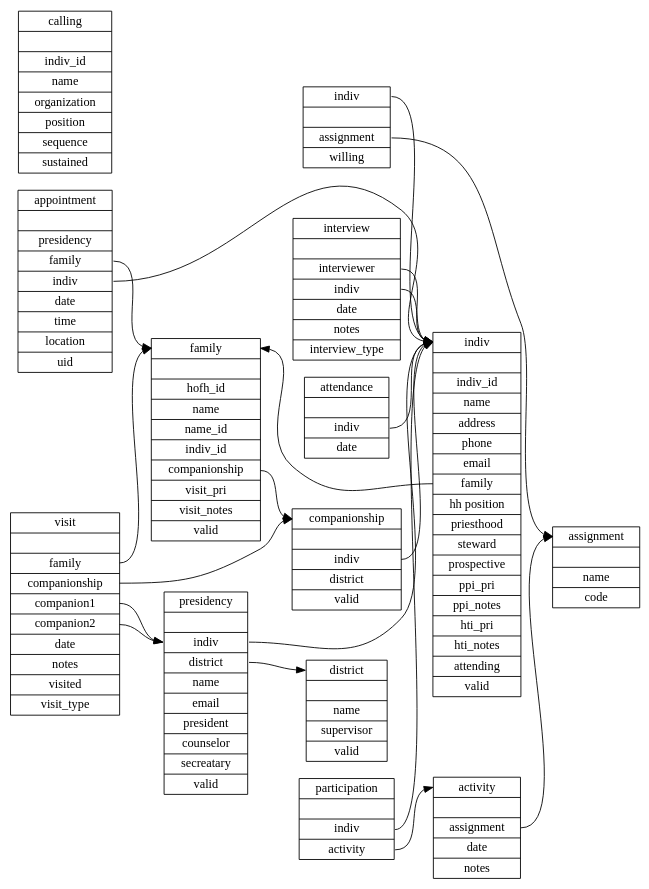
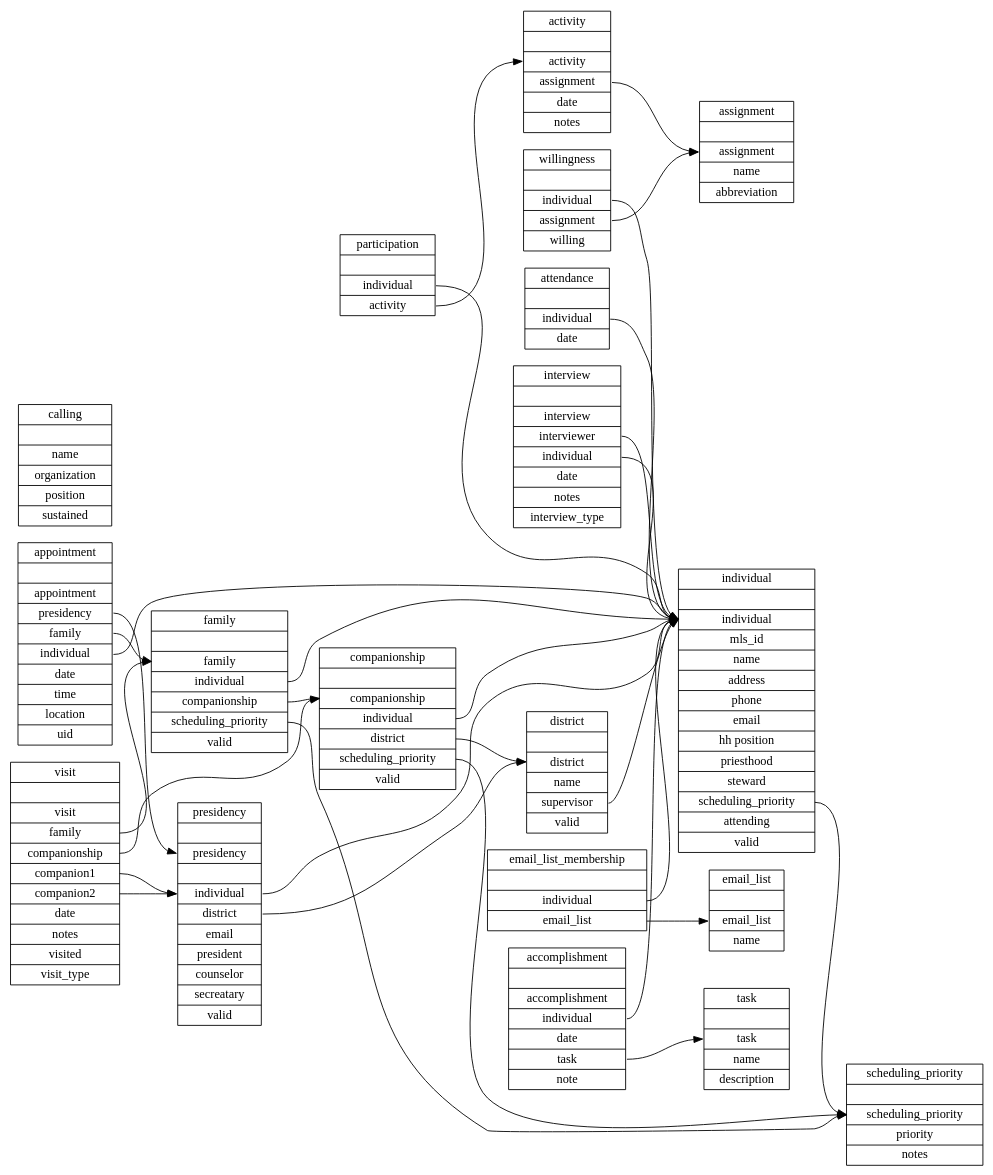
One commit to apippin/tc changed the diagram in sql/schema.dot. Above: the diagram before and after it, drawn with Graphviz. The commit also changed 4 other files, not shown here.

Commit message:
removed name field from tc_presidency, updated tc.jpg

```diff
--- a/sql/schema.dot
+++ b/sql/schema.dot
@@ -1,90 +1,125 @@
 digraph schema {
   graph [
     rankdir = "LR"
   ];
-  family   [
-    label = "<f> family||<i> hofh_id|<n> name|<ni> name_id|<i> indiv_id|<c> companionship|<vp> visit_pri|<vn> visit_notes|<v> valid"
+  activity   [
+    label = "activity||<a> activity|<s> assignment|<t> date|<n> notes"
     shape = "record"
   ];
-  indiv   [
-    label = "<i> indiv||<id> indiv_id|<n> name|<a> address|<p> phone|<em> email|<f> family|<hh> hh position|<po> priesthood|<st> steward|<pr> prospective|<pp> ppi_pri|<t> ppi_notes|<hp> hti_pri|<hn> hti_notes|<a> attending|<v> valid"
+  appointment   [
+    label = "appointment||<a> appointment|<p> presidency|<f> family|<i> individual |<d> date|<t> time|<l> location|<u> uid"
+    shape = "record"
+  ];
+  assignment    [
+    label = "assignment||<a> assignment|<n> name|<ab> abbreviation"
+    shape = "record"
+  ];
+  attendance   [
+    label = "attendance||<i> individual|<d> date"
+    shape = "record"
+  ];
+  calling       [
+    label = "calling||<n> name|<o> organization|<p> position|<s> sustained"
     shape = "record"
   ];
   companionship   [
-    label = "<c> companionship||<i> indiv|<d> district|<v> valid"
+    label = "companionship||<c> companionship|<i> individual|<d> district|<sp> scheduling_priority|<v> valid"
+    shape = "record"
+  ];
+  district      [
+    label = "district||<d> district|<n> name|<s> supervisor|<v> valid"
+    shape = "record"
+  ];
+  individual   [
+    label = "individual||<i> individual|<id> mls_id|<n> name|<a> address|<p> phone|<em> email|<hh> hh position|<pr> priesthood|<st> steward|<sp> scheduling_priority|<a> attending|<v> valid"
+    shape = "record"
+  ];
+  family   [
+    label = "family||<f> family|<i> individual|<c> companionship|<sp> scheduling_priority|<v> valid"
+    shape = "record"
+  ];
+  participation   [
+    label = "participation||<i> individual|<a> activity"
+    shape = "record"
+  ];
+  interview   [
+    label = "interview||<in> interview|<i> interviewer|<il> individual|<t> date|<n> notes|<it> interview_type"
+    shape = "record"
+  ];
+  presidency    [
+    label = "presidency||<p> presidency||<i> individual|<d> district|<em> email|<pr> president|<cn> counselor|<sec> secreatary|<v> valid"
     shape = "record"
   ];
   visit   [
-    label = "<v> visit||<f> family|<c> companionship|<c1> companion1|<c2> companion2|<t> date|<n> notes|<v> visited|<vt> visit_type"
-    shape = "record"
-  ];
-  interview   [
-    label = "<in> interview||<i> interviewer|<il> indiv|<t> date|<n> notes|<it> interview_type"
-    shape = "record"
-  ];
-  activity   [
-    label = "<a> activity||<s> assignment|<t> date|<n> notes"
-    shape = "record"
-  ];
-  participation   [
-    label = "participation||<i> indiv|<a> activity"
-    shape = "record"
-  ];
-  attendance   [
-    label = "attendance||<i> indiv|<d> date"
-    shape = "record"
-  ];
-  appointment   [
-    label = "<a> appointment||<p> presidency|<f> family|<i> indiv |<d> date|<t> time|<l> location|<u> uid"
-    shape = "record"
-  ];
-  assignment    [
-    label = "<a> assignment||<n> name|<c> code"
-    shape = "record"
-  ];
-  calling       [
-    label = "calling||<i> indiv_id|<n> name|<o> organization|<p> position|<s> sequence|<t> sustained"
-    shape = "record"
-  ];
-  district      [
-    label = "<d> district||<n> name|<s> supervisor|<v> valid"
-    shape = "record"
-  ];
-  presidency    [
-    label = "<p> presidency||<i> indiv|<d> district|<n> name|<em> email|<pr> president|<cn> counselor|<sec> secreatary|<v> valid"
+    label = "visit||<v> visit|<f> family|<c> companionship|<c1> companion1|<c2> companion2|<t> date|<n> notes|<v> visited|<vt> visit_type"
     shape = "record"
   ];
   willingness   [
-    label = "<i> indiv||<a> assignment|<w> willing"
+    label = "willingness||<i> individual|<a> assignment|<w> willing"
+    shape = "record"
+  ];
+  scheduling_priority   [
+    label = "scheduling_priority||<sp> scheduling_priority|<p> priority|<n> notes"
+    shape = "record"
+  ];
+  email_list   [
+    label = "email_list||<e> email_list|<n> name"
+    shape = "record"
+  ];
+  email_list_membership   [
+    label = "email_list_membership||<i> individual|<e> email_list"
+    shape = "record"
+  ];
+  accomplishment   [
+    label = "accomplishment||<a> accomplishment|<i> individual|<d> date|<t> task|<n> note"
+    shape = "record"
+  ];
+  task   [
+    label = "task||<t> task|<n> name|<d> description"
     shape = "record"
   ];
 
+  activity:s      -> assignment:a
+
+  appointment:p   -> presidency:p
+  appointment:f   -> family:f
+  appointment:i   -> individual:i
+
+  attendance:i    -> individual:i
+
+  companionship:i -> individual:i
+  companionship:d -> district:d
+  companionship:sp -> scheduling_priority:sp
+  
+  district:s      -> individual:i
+  
+  individual:sp   -> scheduling_priority:sp
+  
+  family:i        -> individual:i
   family:c        -> companionship:c
-  companionship:i -> indiv:i
+  family:sp       -> scheduling_priority:sp
 
-  appointment:i   -> indiv:i
-  appointment:f   -> family:f
+  participation:i -> individual:i
+  participation:a -> activity:a
 
-  interview:il    -> indiv:i
-  interview:i     -> indiv:i
+  interview:il    -> individual:i
+  interview:i     -> individual:i
 
-  presidency:i    -> indiv:i
+  presidency:i    -> individual:i
   presidency:d    -> district:d
-
-  willingness:i   -> indiv:i
-  willingness:a   -> assignment:a
-
-  activity:s      -> assignment:a
 
   visit:c         -> companionship:c
   visit:f         -> family:f
   visit:c1        -> presidency:i
   visit:c2        -> presidency:i
 
-  participation:i -> indiv:i
-  participation:a -> activity:a
+  willingness:i   -> individual:i
+  willingness:a   -> assignment:a
 
-  attendance:i    -> indiv:i
-
-  indiv:f        -> family:f
+  email_list_membership:i  -> individual:i
+  email_list_membership:e  -> email_list:e
+  
+  accomplishment:i   -> individual:i
+  accomplishment:t   -> task:t
+  
 }
```
